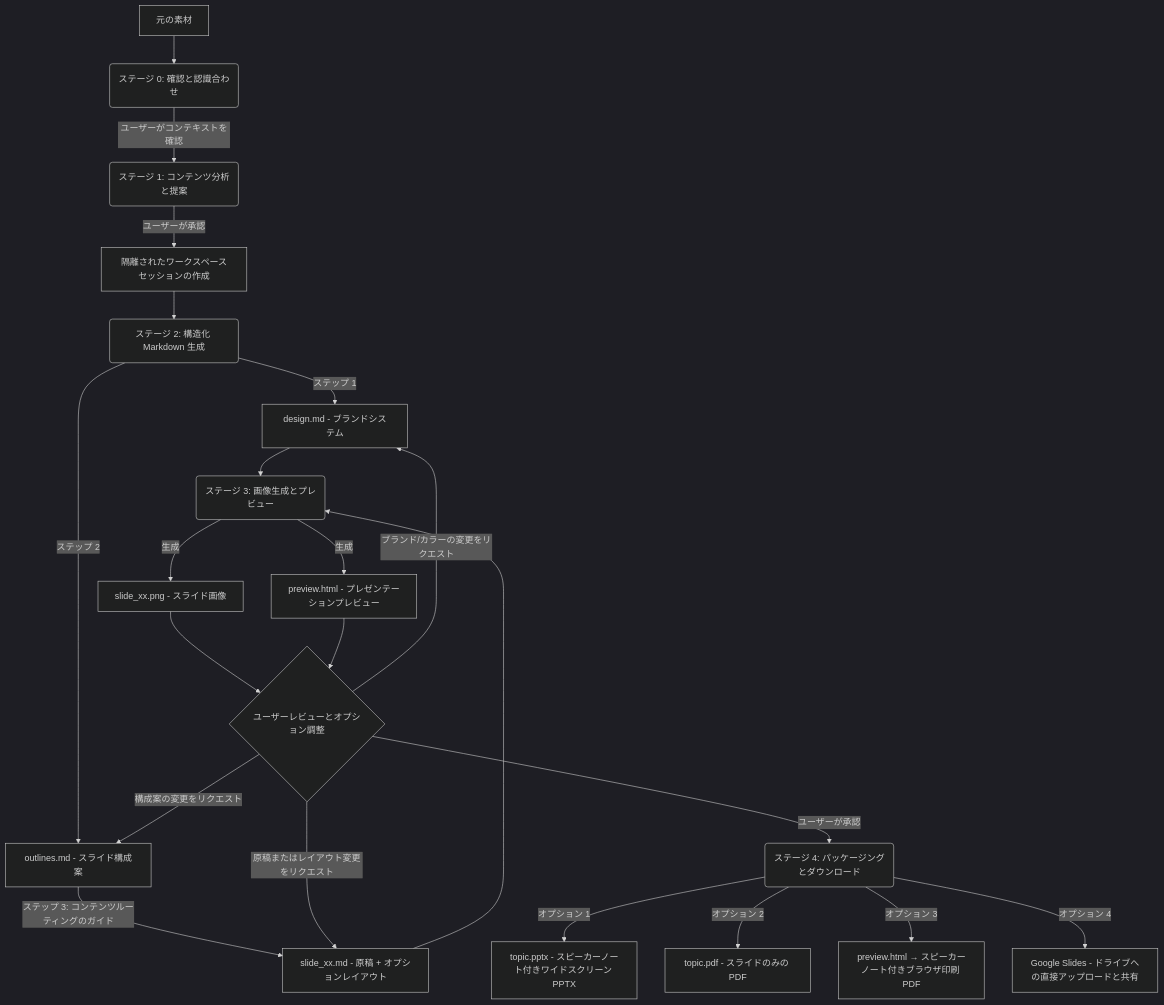
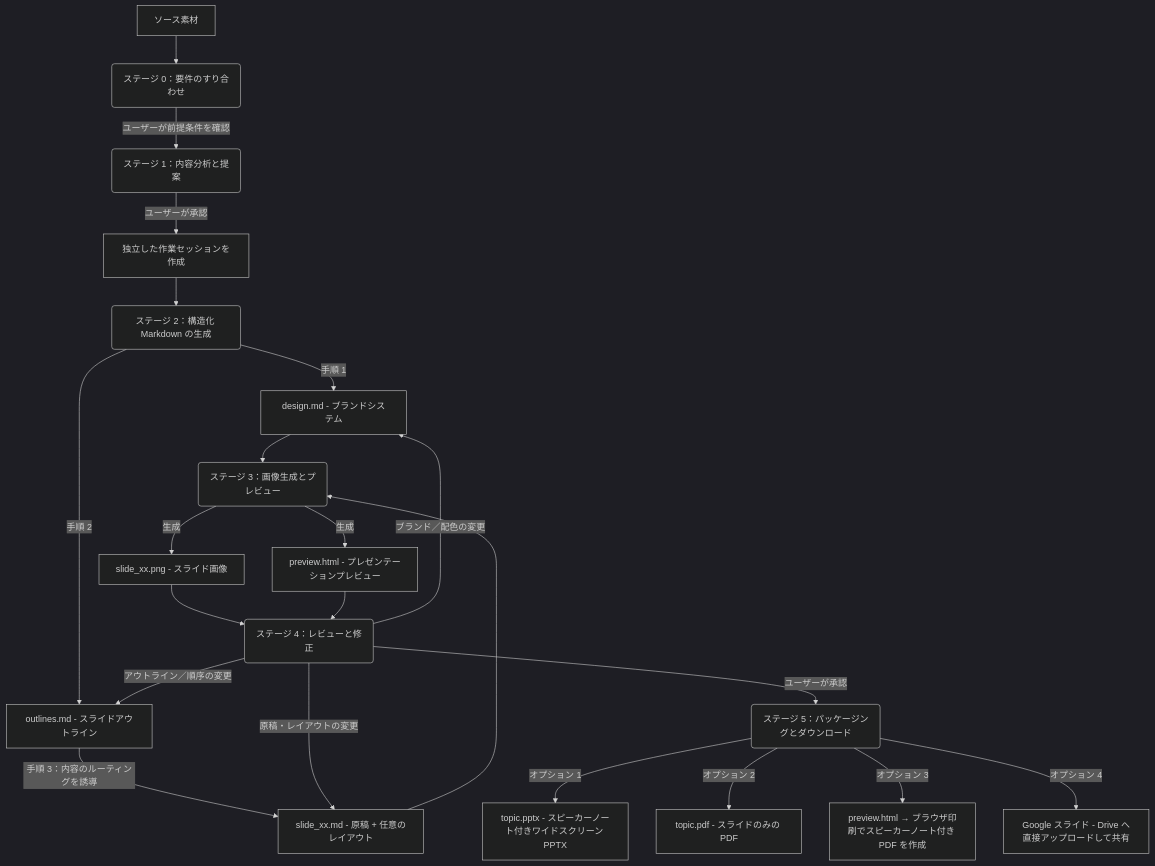
One commit to sylphlin/slide-gen-agent changed the diagram in README.ja.md. Above: the diagram before and after it, drawn with Mermaid (dark theme). The commit also changed other lines of this file and 4 other files, not shown here.

````diff
--- a/README.ja.md
+++ b/README.ja.md
@@ -23,27 +23,27 @@
 ```mermaid
 graph TD
-    A[元の素材] --> A0(ステージ 0: 確認と認識合わせ)
-    A0 -->|ユーザーがコンテキストを確認| B(ステージ 1: コンテンツ分析と提案)
-    B -->|ユーザーが承認| C[隔離されたワークスペースセッションの作成]
-    C --> D(ステージ 2: 構造化 Markdown 生成)
-    
-    D -->|ステップ 1| E1[design.md - ブランドシステム]
-    D -->|ステップ 2| E2[outlines.md - スライド構成案]
-    E2 -->|ステップ 3: コンテンツルーティングのガイド| E3[slide_xx.md - 原稿 + オプションレイアウト]
-    
-    E1 & E3 --> F(ステージ 3: 画像生成とプレビュー)
+    A[ソース素材] --> A0(ステージ 0：要件のすり合わせ)
+    A0 -->|ユーザーが前提条件を確認| B(ステージ 1：内容分析と提案)
+    B -->|ユーザーが承認| C[独立した作業セッションを作成]
+    C --> D(ステージ 2：構造化 Markdown の生成)
+
+    D -->|手順 1| E1[design.md - ブランドシステム]
+    D -->|手順 2| E2[outlines.md - スライドアウトライン]
+    E2 -->|手順 3：内容のルーティングを誘導| E3[slide_xx.md - 原稿 + 任意のレイアウト]
+
+    E1 & E3 --> F(ステージ 3：画像生成とプレビュー)
     F -->|生成| G1[slide_xx.png - スライド画像]
     F -->|生成| G2[preview.html - プレゼンテーションプレビュー]
-    
-    G1 & G2 --> H{ユーザーレビューとオプション調整}
-    
-    H -->|原稿またはレイアウト変更をリクエスト| E3
-    H -->|構成案の変更をリクエスト| E2
-    H -->|ブランド/カラーの変更をリクエスト| E1
-    
-    H -->|ユーザーが承認| I(ステージ 4: パッケージングとダウンロード)
+
+    G1 & G2 --> H(ステージ 4：レビューと修正)
+
+    H -->|原稿・レイアウトの変更| E3
+    H -->|アウトライン／順序の変更| E2
+    H -->|ブランド／配色の変更| E1
+
+    H -->|ユーザーが承認| I(ステージ 5：パッケージングとダウンロード)
     I -->|オプション 1| J[topic.pptx - スピーカーノート付きワイドスクリーン PPTX]
     I -->|オプション 2| K[topic.pdf - スライドのみの PDF]
-    I -->|オプション 3| L[preview.html → スピーカーノート付きブラウザ印刷 PDF]
-    I -->|オプション 4| M[Google Slides - ドライブへの直接アップロードと共有]
+    I -->|オプション 3| L[preview.html → ブラウザ印刷でスピーカーノート付き PDF を作成]
+    I -->|オプション 4| M[Google スライド - Drive へ直接アップロードして共有]
 ```
````
